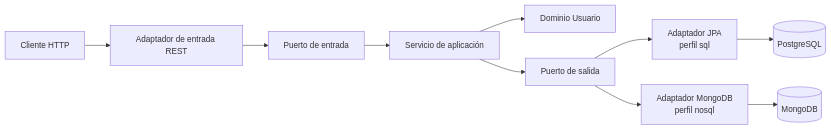
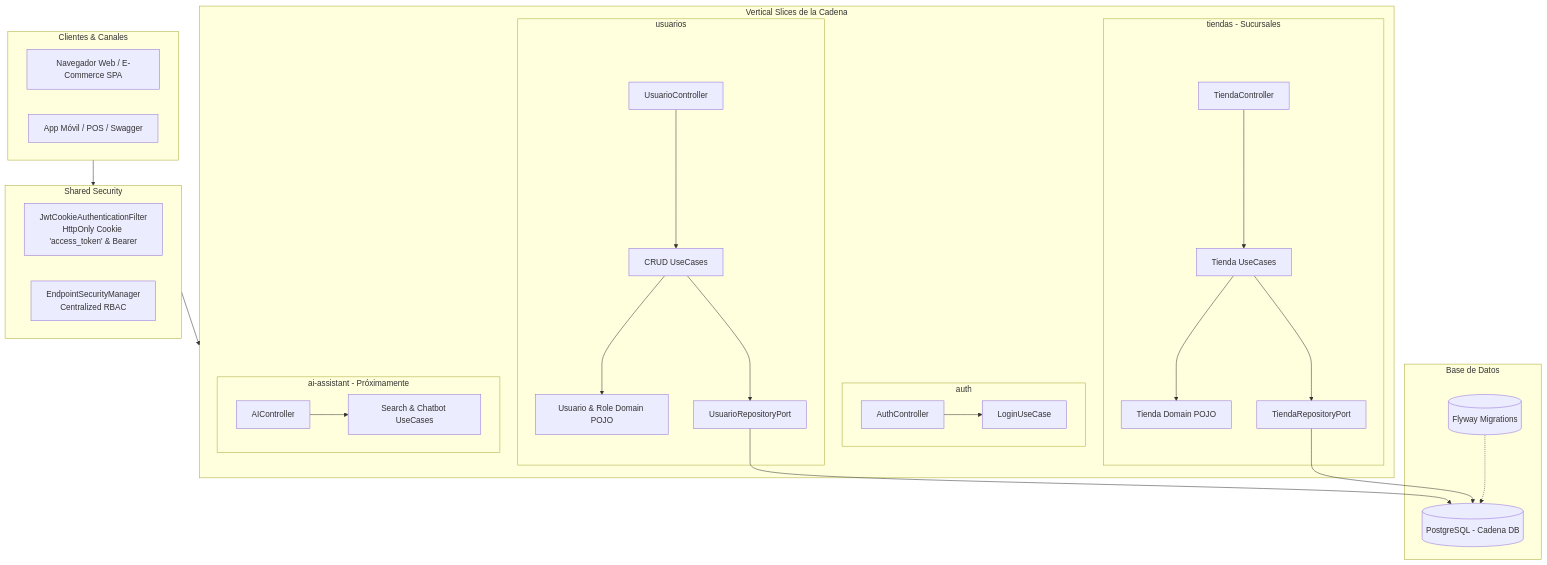
One commit to alkeys/jubilant-doodle-hexagonal changed the diagram in README.md. Above: the diagram before and after it, drawn with Mermaid. The commit also changed other lines of this file and 52 other files, not shown here.

First line of the commit message:
Creando modulo de tiendas y configurando jwt

````diff
--- a/README.md
+++ b/README.md
@@ -29,12 +55,45 @@
 ```mermaid
-flowchart LR
-    Client[Cliente HTTP] --> Web[Adaptador de entrada REST]
-    Web --> InPort[Puerto de entrada]
-    InPort --> Service[Servicio de aplicación]
-    Service --> Domain[Dominio Usuario]
-    Service --> OutPort[Puerto de salida]
-    OutPort --> Jpa[Adaptador JPA<br/>perfil sql]
-    OutPort --> Mongo[Adaptador MongoDB<br/>perfil nosql]
-    Jpa --> PostgreSQL[(PostgreSQL)]
-    Mongo --> MongoDB[(MongoDB)]
+flowchart TD
+    subgraph Clientes [Clientes & Canales]
+        Web[Navegador Web / E-Commerce SPA]
+        Mobile[App Móvil / POS / Swagger]
+    end
+
+    subgraph Seguridad [Shared Security]
+        JwtFilter[JwtCookieAuthenticationFilter<br/>HttpOnly Cookie 'access_token' & Bearer]
+        SecManager[EndpointSecurityManager<br/>Centralized RBAC]
+    end
+
+    subgraph Slices [Vertical Slices de la Cadena]
+        subgraph AuthSlice [auth]
+            AuthController[AuthController] --> LoginUC[LoginUseCase]
+        end
+
+        subgraph UsuariosSlice [usuarios]
+            UserController[UsuarioController] --> UserUC[CRUD UseCases]
+            UserUC --> UserDomain[Usuario & Role Domain POJO]
+            UserUC --> UserRepoPort[UsuarioRepositoryPort]
+        end
+
+        subgraph TiendasSlice [tiendas - Sucursales]
+            TiendaController[TiendaController] --> TiendaUC[Tienda UseCases]
+            TiendaUC --> TiendaDomain[Tienda Domain POJO]
+            TiendaUC --> TiendaRepoPort[TiendaRepositoryPort]
+        end
+
+        subgraph AISlice [ai-assistant - Próximamente]
+            AIController[AIController] --> AIUC[Search & Chatbot UseCases]
+        end
+    end
+
+    subgraph Persistencia [Base de Datos]
+        Flyway[(Flyway Migrations)]
+        PostgreSQL[(PostgreSQL - Cadena DB)]
+    end
+
+    Clientes --> Seguridad
+    Seguridad --> Slices
+    UserRepoPort --> PostgreSQL
+    TiendaRepoPort --> PostgreSQL
+    Flyway -.-> PostgreSQL
 ```
````
